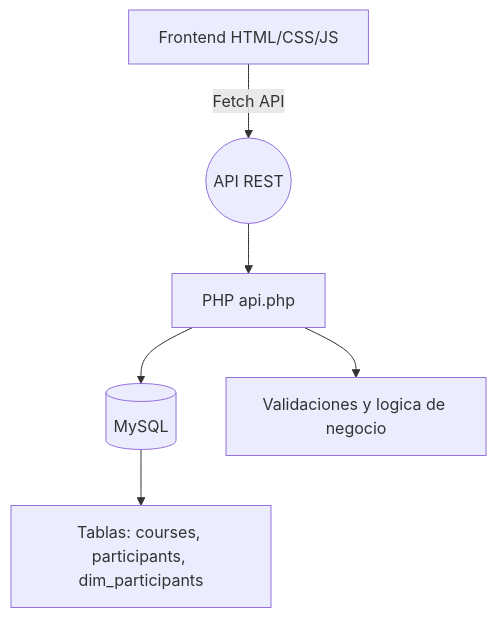
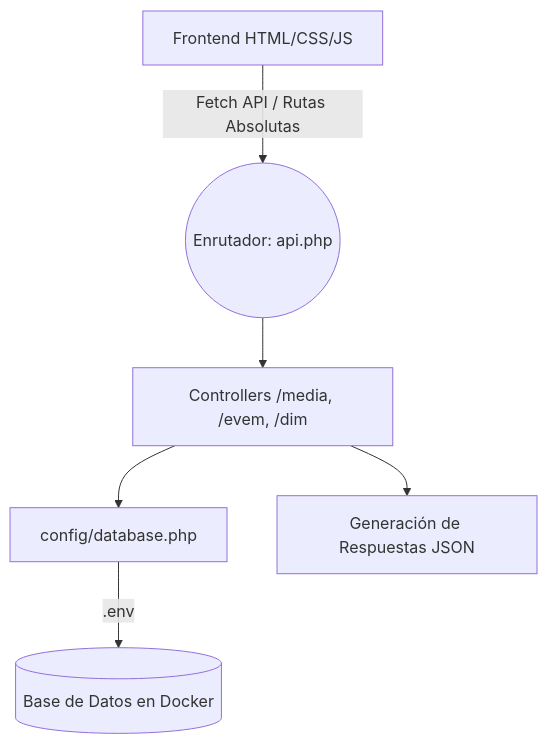
One commit to JuanD-2005/evem-2025 changed the first of 2 diagrams in README.md. Above: the diagram before and after it, drawn with Mermaid. The commit also changed other lines of this file, not shown here.

````diff
--- a/README.md
+++ b/README.md
@@ -73,8 +68,8 @@
 ```mermaid
 graph TD
-  A[Frontend HTML/CSS/JS] -->|Fetch API| B((API REST))
-  B --> C[PHP api.php]
-  C --> D[(MySQL)]
-  C --> E[Validaciones y logica de negocio]
-  D --> F[Tablas: courses, participants, dim_participants]
+  A[Frontend HTML/CSS/JS] -->|Fetch API / Rutas Absolutas| B((Enrutador: api.php))
+  B --> C[Controllers /media, /evem, /dim]
+  C --> D[config/database.php]
+  D -->|.env| E[(Base de Datos en Docker)]
+  C --> F[Generación de Respuestas JSON]
 ```
````
